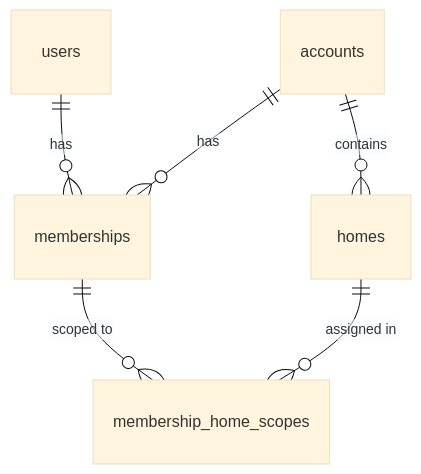
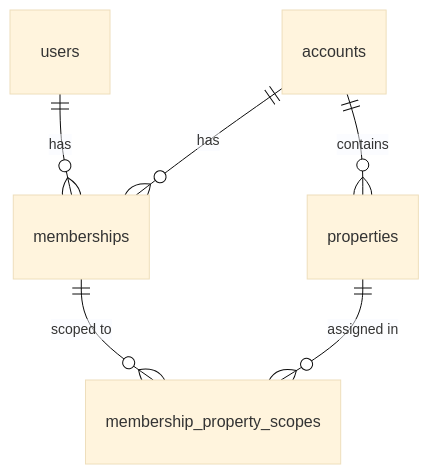
The first of 4 diagrams in docs/product/ONBOARDING_AUTH_RBAC.md (Cklaus1/MiHomes), drawn with Mermaid (base theme) before and after one commit. The commit also changed other lines of this file and 12 other files, not shown here.

````diff
--- a/docs/product/ONBOARDING_AUTH_RBAC.md
+++ b/docs/product/ONBOARDING_AUTH_RBAC.md
@@ -46,8 +46,8 @@
 ```mermaid
 erDiagram
     users ||--o{ memberships : has
     accounts ||--o{ memberships : has
-    accounts ||--o{ homes : contains
-    memberships ||--o{ membership_home_scopes : "scoped to"
-    homes ||--o{ membership_home_scopes : "assigned in"
+    accounts ||--o{ properties : contains
+    memberships ||--o{ membership_property_scopes : "scoped to"
+    properties ||--o{ membership_property_scopes : "assigned in"
 ```
````
